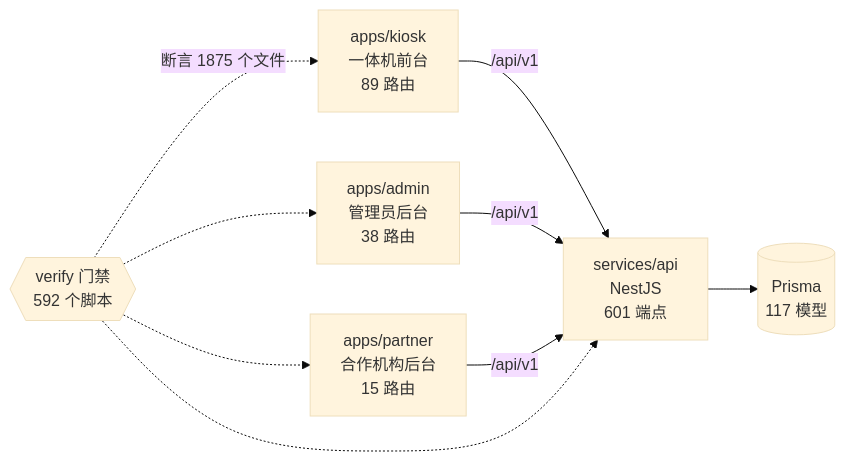
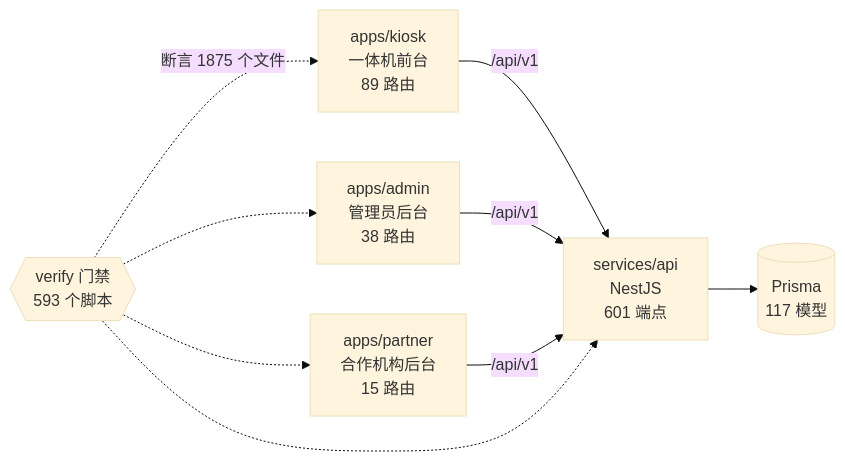
The diagram in docs/graph/README.md (wanglei581/YITIJI), drawn with Mermaid (base theme) before and after one commit. The commit also changed other lines of this file and 1 other file, not shown here.

Commit message:
chore(graph): 重新生成项目图谱（新增 verify:kiosk-touch-frozen）

````diff
--- a/docs/graph/README.md
+++ b/docs/graph/README.md
@@ -68,18 +68,18 @@
 ```mermaid
 flowchart LR
   kiosk["apps/kiosk<br/>一体机前台<br/>89 路由"]
   admin["apps/admin<br/>管理员后台<br/>38 路由"]
   partner["apps/partner<br/>合作机构后台<br/>15 路由"]
   api["services/api<br/>NestJS<br/>601 端点"]
   db[("Prisma<br/>117 模型")]
-  gates{{"verify 门禁<br/>592 个脚本"}}
+  gates{{"verify 门禁<br/>593 个脚本"}}
 
   kiosk -->|"/api/v1"| api
   admin -->|"/api/v1"| api
   partner -->|"/api/v1"| api
   api --> db
   gates -.->|"断言 1875 个文件"| kiosk
   gates -.-> admin
   gates -.-> partner
   gates -.-> api
 ```
````
